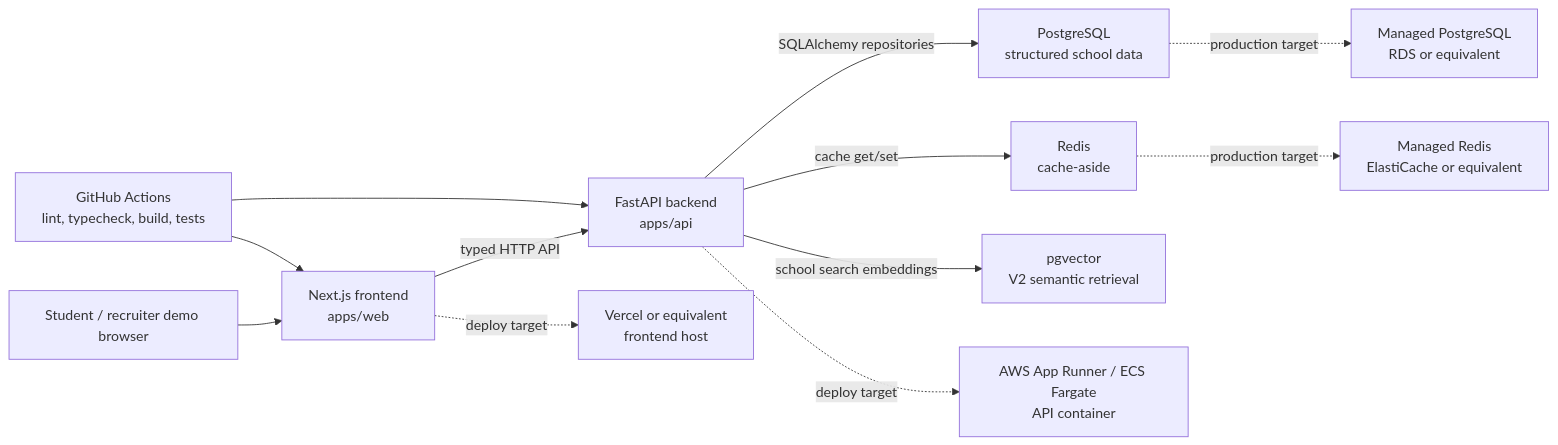
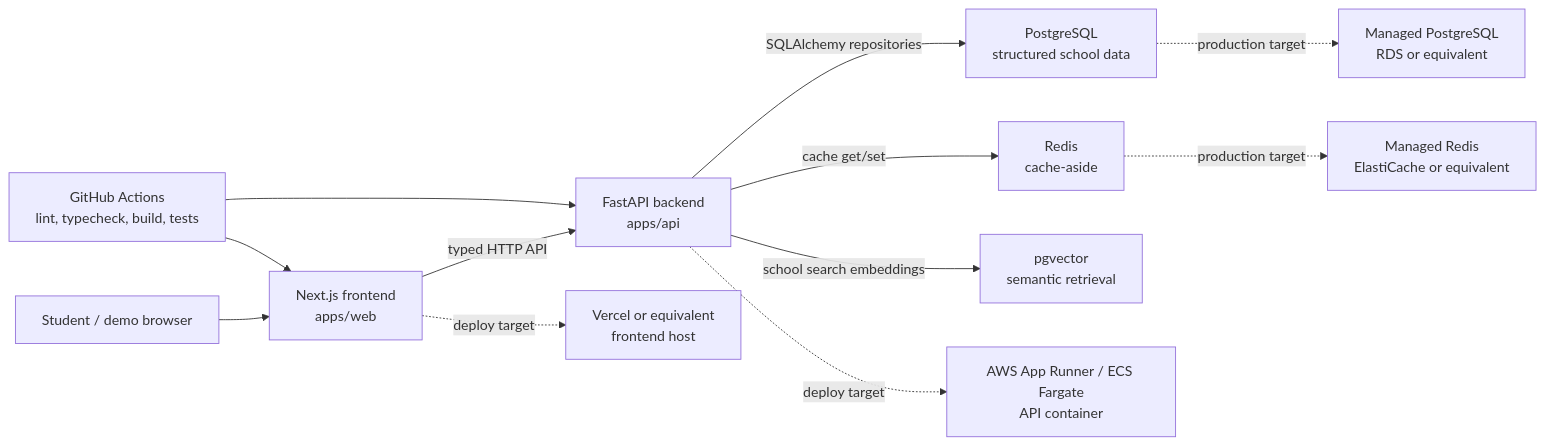
Before and after one commit to codysj/College-Explorer: the diagram in README.md, drawn with Mermaid. The commit also changed other lines of this file and 10 other files, not shown here.

````diff
--- a/README.md
+++ b/README.md
@@ -45,27 +98,27 @@
 ```mermaid
 flowchart LR
-    user["Student / recruiter demo browser"]
+    user["Student / demo browser"]
     web["Next.js frontend<br/>apps/web"]
     api["FastAPI backend<br/>apps/api"]
     pg["PostgreSQL<br/>structured school data"]
     redis["Redis<br/>cache-aside"]
-    pgvector["pgvector<br/>V2 semantic retrieval"]
+    pgvector["pgvector<br/>semantic retrieval"]
     gha["GitHub Actions<br/>lint, typecheck, build, tests"]
     vercel["Vercel or equivalent<br/>frontend host"]
     aws["AWS App Runner / ECS Fargate<br/>API container"]
     rds["Managed PostgreSQL<br/>RDS or equivalent"]
     elasticache["Managed Redis<br/>ElastiCache or equivalent"]
 
     user --> web
     web -->|"typed HTTP API"| api
     api -->|"SQLAlchemy repositories"| pg
     api -->|"cache get/set"| redis
     api -->|"school search embeddings"| pgvector
 
     gha --> web
     gha --> api
     web -. "deploy target" .-> vercel
     api -. "deploy target" .-> aws
     pg -. "production target" .-> rds
     redis -. "production target" .-> elasticache
 ```
````
